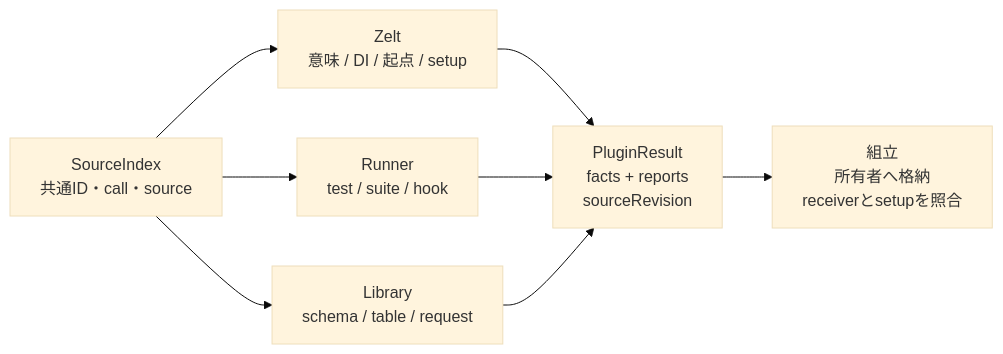
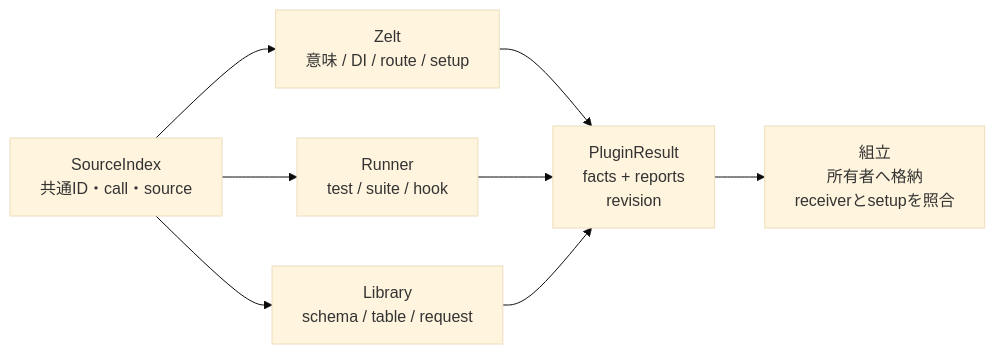
Before and after one commit to zeltjs/zelt: the seventh of 13 diagrams in mocks/studio-spatial/generic-extraction-design.md, drawn with Mermaid (base theme). The commit also changed other lines of this file, not shown here.

```diff
--- a/mocks/studio-spatial/generic-extraction-design.md
+++ b/mocks/studio-spatial/generic-extraction-design.md
@@ -368,10 +577,10 @@
 ~~~mermaid
 flowchart LR
-  I["SourceIndex<br/>共通ID・call・source"] --> Z["Zelt<br/>意味 / DI / 起点 / setup"]
+  I["SourceIndex<br/>共通ID・call・source"] --> Z["Zelt<br/>意味 / DI / route / setup"]
   I --> T["Runner<br/>test / suite / hook"]
   I --> L["Library<br/>schema / table / request"]
-  Z --> F["PluginResult<br/>facts + reports<br/>sourceRevision"]
+  Z --> F["PluginResult<br/>facts + reports<br/>revision"]
   T --> F
   L --> F
   F --> A["組立<br/>所有者へ格納<br/>receiverとsetupを照合"]
 ~~~
```
